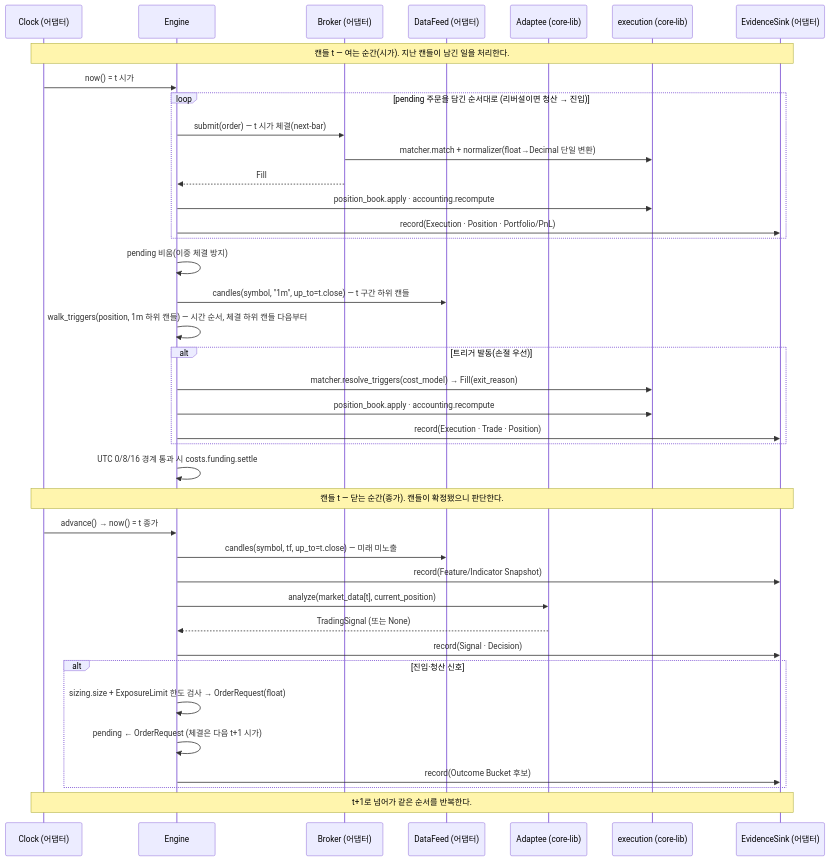
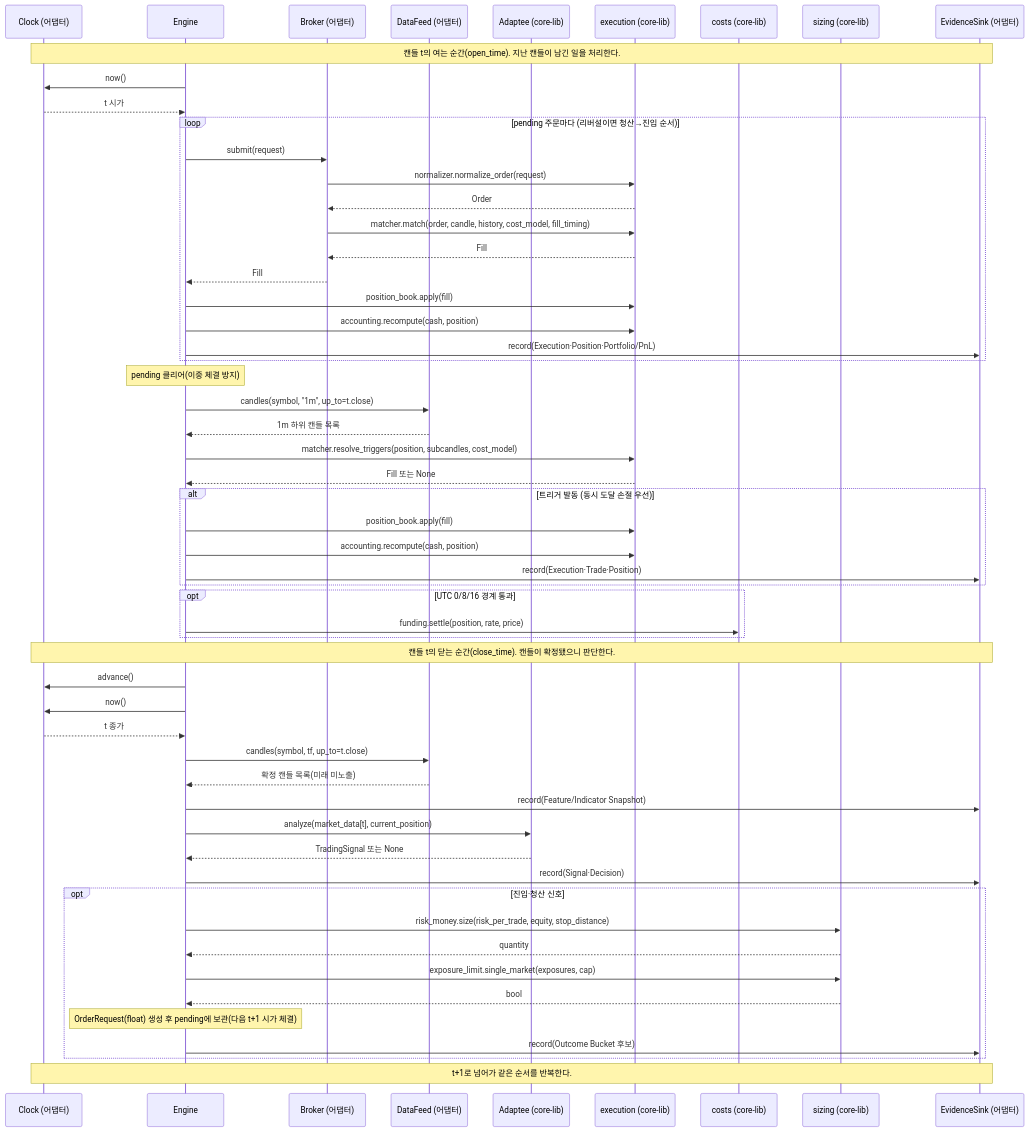
Before and after one commit to vessel35/trading-system-v2: diagram 19 of 25 in docs/fullspec/backtest_v2_detailed_design.md, drawn with Mermaid. The commit also changed other lines of this file, not shown here.

````diff
--- a/docs/fullspec/backtest_v2_detailed_design.md
+++ b/docs/fullspec/backtest_v2_detailed_design.md
@@ -2815,41 +2850,58 @@
 ```mermaid
 sequenceDiagram
     participant CLK as Clock (어댑터)
     participant ENG as Engine
     participant BR as Broker (어댑터)
     participant DF as DataFeed (어댑터)
     participant AD as Adaptee (core-lib)
     participant EX as execution (core-lib)
+    participant CST as costs (core-lib)
+    participant SIZ as sizing (core-lib)
     participant EV as EvidenceSink (어댑터)
-    Note over CLK,EV: 캔들 t — 여는 순간(시가). 지난 캔들이 남긴 일을 처리한다.
-    CLK->>ENG: now() = t 시가
-    loop pending 주문을 담긴 순서대로 (리버설이면 청산 → 진입)
-        ENG->>BR: submit(order) — t 시가 체결(next-bar)
-        BR->>EX: matcher.match + normalizer(float→Decimal 단일 변환)
+    Note over CLK,EV: 캔들 t의 여는 순간(open_time). 지난 캔들이 남긴 일을 처리한다.
+    ENG->>CLK: now()
+    CLK-->>ENG: t 시가
+    loop pending 주문마다 (리버설이면 청산→진입 순서)
+        ENG->>BR: submit(request)
+        BR->>EX: normalizer.normalize_order(request)
+        EX-->>BR: Order
+        BR->>EX: matcher.match(order, candle, history, cost_model, fill_timing)
+        EX-->>BR: Fill
         BR-->>ENG: Fill
-        ENG->>EX: position_book.apply · accounting.recompute
-        ENG->>EV: record(Execution · Position · Portfolio/PnL)
+        ENG->>EX: position_book.apply(fill)
+        ENG->>EX: accounting.recompute(cash, position)
+        ENG->>EV: record(Execution·Position·Portfolio/PnL)
     end
-    ENG->>ENG: pending 비움(이중 체결 방지)
-    ENG->>DF: candles(symbol, "1m", up_to=t.close) — t 구간 하위 캔들
-    ENG->>ENG: walk_triggers(position, 1m 하위 캔들) — 시간 순서, 체결 하위 캔들 다음부터
-    alt 트리거 발동(손절 우선)
-        ENG->>EX: matcher.resolve_triggers(cost_model) → Fill(exit_reason)
-        ENG->>EX: position_book.apply · accounting.recompute
-        ENG->>EV: record(Execution · Trade · Position)
+    Note over ENG: pending 클리어(이중 체결 방지)
+    ENG->>DF: candles(symbol, "1m", up_to=t.close)
+    DF-->>ENG: 1m 하위 캔들 목록
+    ENG->>EX: matcher.resolve_triggers(position, subcandles, cost_model)
+    EX-->>ENG: Fill 또는 None
+    alt 트리거 발동 (동시 도달 손절 우선)
+        ENG->>EX: position_book.apply(fill)
+        ENG->>EX: accounting.recompute(cash, position)
+        ENG->>EV: record(Execution·Trade·Position)
     end
-    ENG->>ENG: UTC 0/8/16 경계 통과 시 costs.funding.settle
-    Note over CLK,EV: 캔들 t — 닫는 순간(종가). 캔들이 확정됐으니 판단한다.
-    CLK->>ENG: advance() → now() = t 종가
-    ENG->>DF: candles(symbol, tf, up_to=t.close) — 미래 미노출
+    opt UTC 0/8/16 경계 통과
+        ENG->>CST: funding.settle(position, rate, price)
+    end
+    Note over CLK,EV: 캔들 t의 닫는 순간(close_time). 캔들이 확정됐으니 판단한다.
+    ENG->>CLK: advance()
+    ENG->>CLK: now()
+    CLK-->>ENG: t 종가
+    ENG->>DF: candles(symbol, tf, up_to=t.close)
+    DF-->>ENG: 확정 캔들 목록(미래 미노출)
     ENG->>EV: record(Feature/Indicator Snapshot)
     ENG->>AD: analyze(market_data[t], current_position)
-    AD-->>ENG: TradingSignal (또는 None)
-    ENG->>EV: record(Signal · Decision)
-    alt 진입·청산 신호
-        ENG->>ENG: sizing.size + ExposureLimit 한도 검사 → OrderRequest(float)
-        ENG->>ENG: pending ← OrderRequest (체결은 다음 t+1 시가)
+    AD-->>ENG: TradingSignal 또는 None
+    ENG->>EV: record(Signal·Decision)
+    opt 진입·청산 신호
+        ENG->>SIZ: risk_money.size(risk_per_trade, equity, stop_distance)
+        SIZ-->>ENG: quantity
+        ENG->>SIZ: exposure_limit.single_market(exposures, cap)
+        SIZ-->>ENG: bool
+        Note over ENG: OrderRequest(float) 생성 후 pending에 보관(다음 t+1 시가 체결)
         ENG->>EV: record(Outcome Bucket 후보)
     end
     Note over CLK,EV: t+1로 넘어가 같은 순서를 반복한다.
 ```
````
